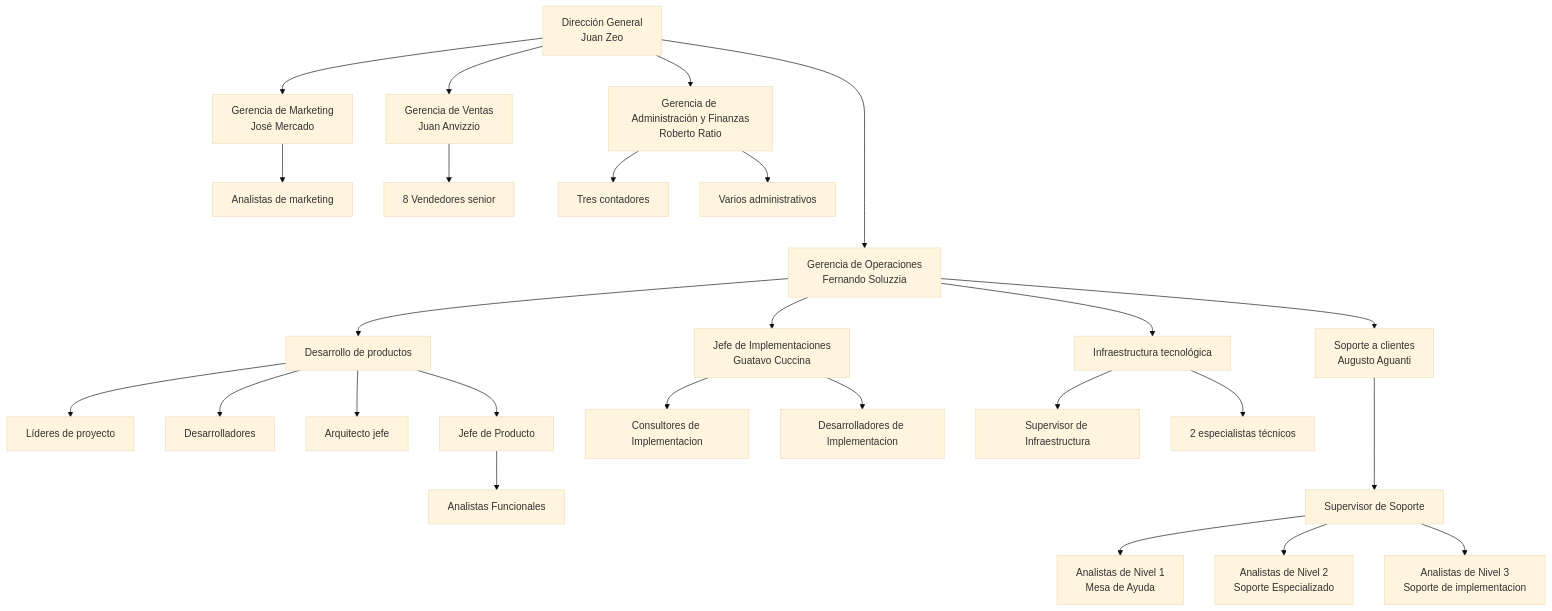
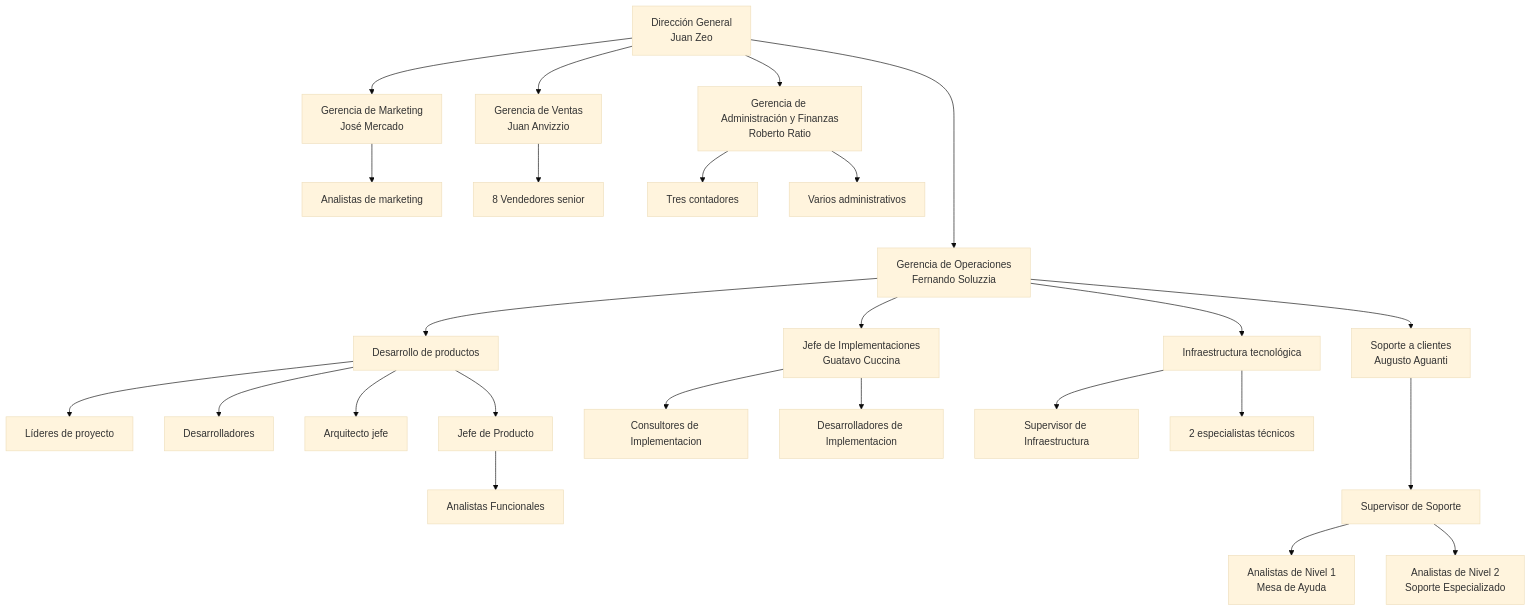
One commit to CrissRMFI/TPG-PSA changed the diagram in docs/Organigrama/organigrama.md. Above: the diagram before and after it, drawn with Mermaid (base theme).

Commit message:
Elimino el nivel 3 de soporte a cliente. #5

````diff
--- a/docs/Organigrama/organigrama.md
+++ b/docs/Organigrama/organigrama.md
@@ -19,40 +19,39 @@
 ```mermaid
 graph TB
   A[Dirección General<br>Juan Zeo]
 
   A ----> B[Gerencia de Operaciones<br>Fernando Soluzzia]
   A --> C[Gerencia de Marketing<br>José Mercado]
   A --> D[Gerencia de Ventas<br>Juan Anvizzio]
   A --> E[Gerencia de Administración y Finanzas<br>Roberto Ratio]
 
   B --> B1[Desarrollo de productos]
   B --> B2[Jefe de Implementaciones<br>Guatavo Cuccina]
   B --> B3[Soporte a clientes<br> Augusto Aguanti]
   B --> B4[Infraestructura tecnológica]
 
   B1 --> B1a[Líderes de proyecto]
   B1 --> B1b[Desarrolladores]
   B1 --> B1c[Arquitecto jefe]
   B1 --> B1d[Jefe de Producto]
 
   B1d --> B1d1[Analistas Funcionales]
 
 
   B2 --> B2b[Consultores de Implementacion]
   B2 --> B2c[Desarrolladores de Implementacion]
 
   B3 ---> B3a[Supervisor de Soporte]
   B3a --> B3b[Analistas de Nivel 1<br>Mesa de Ayuda]
   B3a --> B3c[Analistas de Nivel 2 <br>Soporte Especializado]
-  B3a --> B3d[Analistas de Nivel 3 <br>Soporte de implementacion]
 
   B4 --> B4a[Supervisor de Infraestructura]
   B4 --> B4b[2 especialistas técnicos]
 
   C --> C1[Analistas de marketing]
 
   D --> D1[8 Vendedores senior]
 
   E --> E1[Tres contadores]
   E --> E2[Varios administrativos]
 ```
````
